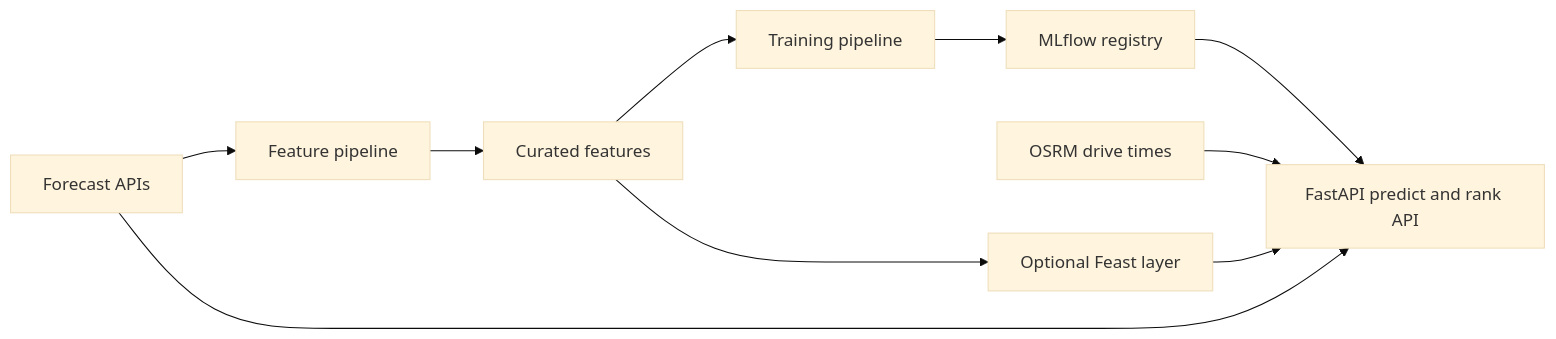
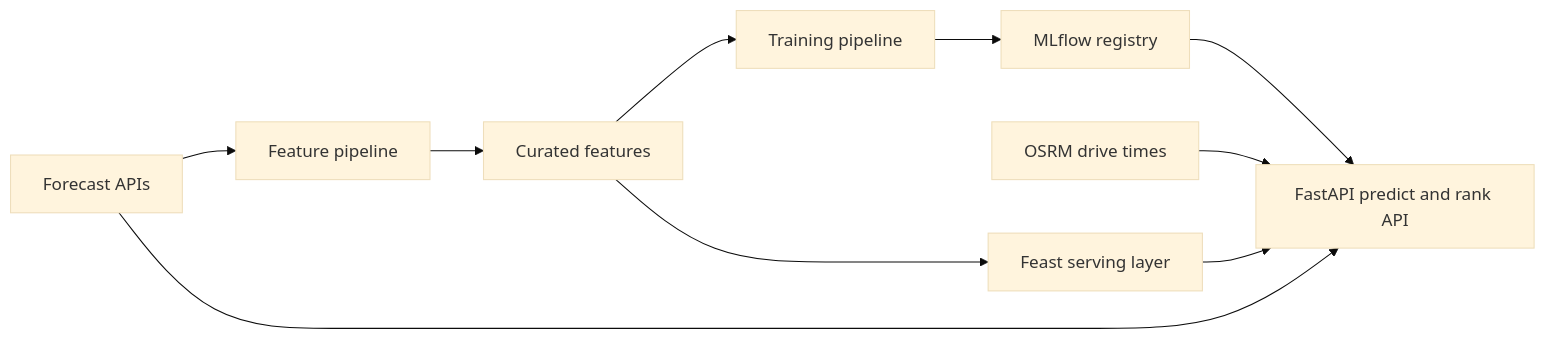
The first of 2 diagrams in README.md (javihslu/foehncast), drawn with Mermaid (base theme) before and after one commit. The commit also changed other lines of this file and 64 other files, not shown here.

````diff
--- a/README.md
+++ b/README.md
@@ -9,12 +9,12 @@
 ```mermaid
 flowchart LR
     Forecasts[Forecast APIs] --> Features[Feature pipeline]
     Features --> Curated[Curated features]
     Curated --> Training[Training pipeline]
     Training --> Registry[MLflow registry]
     Registry --> API[FastAPI predict and rank API]
     Forecasts --> API
     Drive[OSRM drive times] --> API
-    Curated --> Feast[Optional Feast layer]
+    Curated --> Feast[Feast serving layer]
     Feast --> API
 ```
````
